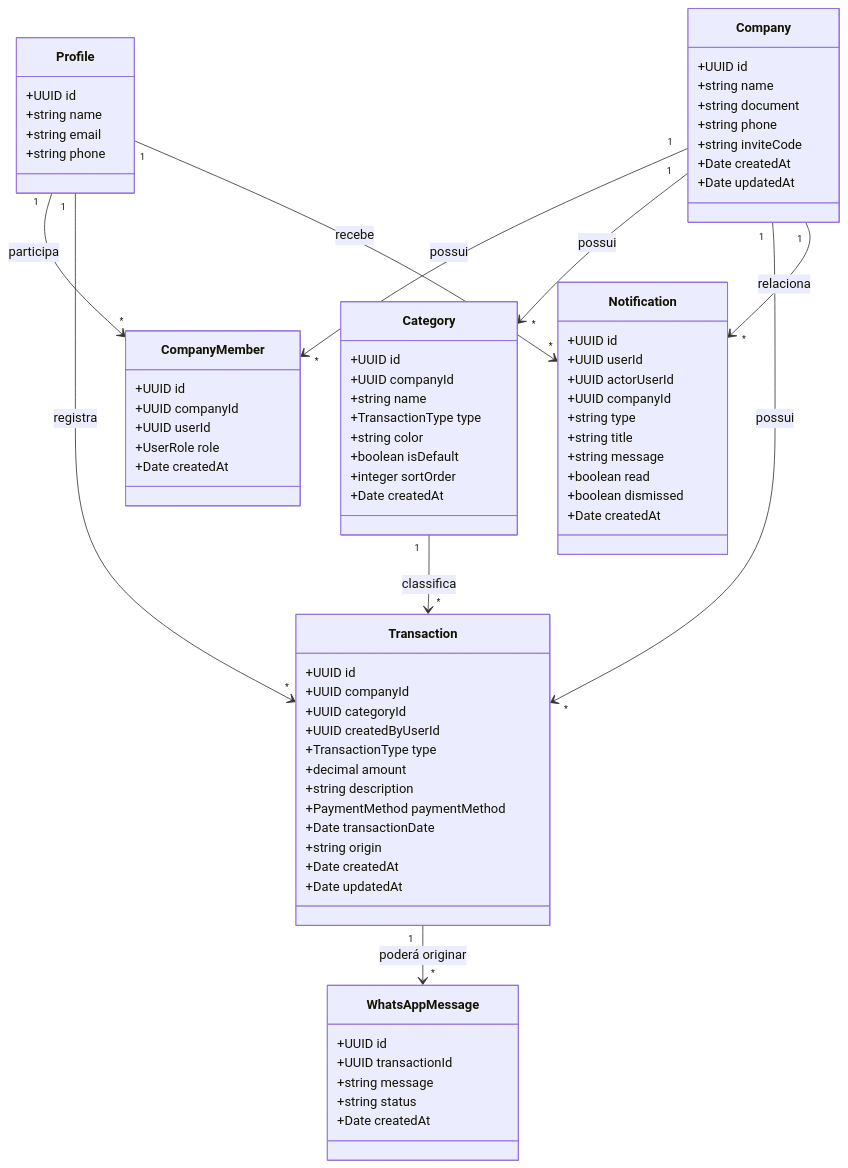
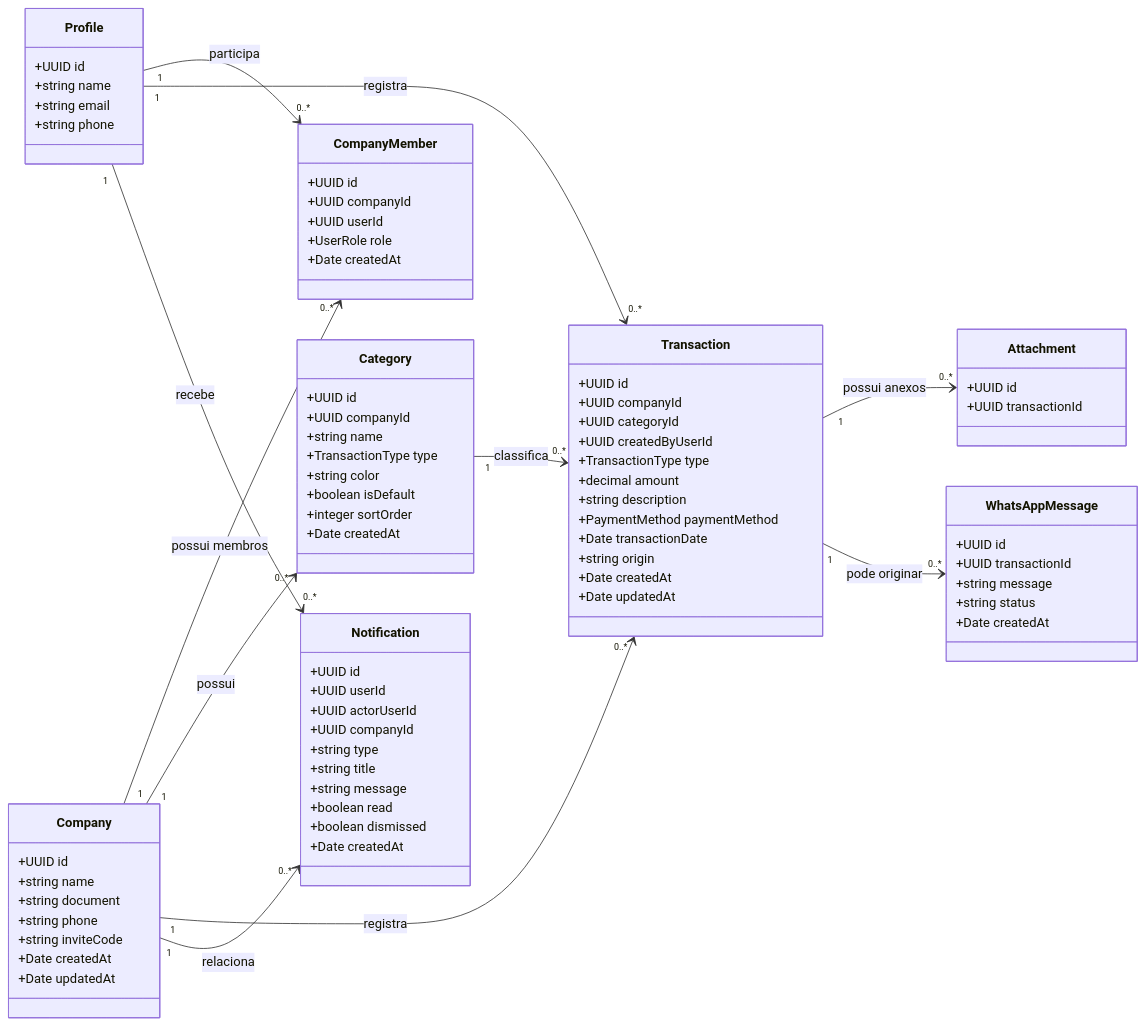
One commit to Rayck4dev/MetricsFlow_AI changed the second of 6 diagrams in docs/diagramas/uml.md. Above: the diagram before and after it, drawn with Mermaid. The commit also changed other lines of this file and 14 other files, not shown here.

````diff
--- a/docs/diagramas/uml.md
+++ b/docs/diagramas/uml.md
@@ -35,5 +59,6 @@
 ```mermaid
 classDiagram
+    direction LR
 
     class Profile {
         +UUID id
@@ -107,13 +132,23 @@
         +Date createdAt
     }
 
-    Profile "1" --> "*" CompanyMember : participa
-    Company "1" --> "*" CompanyMember : possui
-    Company "1" --> "*" Category : possui
-    Company "1" --> "*" Transaction : possui
-    Category "1" --> "*" Transaction : classifica
-    Profile "1" --> "*" Transaction : registra
-    Profile "1" --> "*" Notification : recebe
-    Company "1" --> "*" Notification : relaciona
-    Transaction "1" --> "*" WhatsAppMessage : poderá originar
+    class Attachment {
+        +UUID id
+        +UUID transactionId
+    }
+
+    Profile "1" --> "0..*" CompanyMember : participa
+    Company "1" --> "0..*" CompanyMember : possui membros
+
+    Company "1" --> "0..*" Category : possui
+    Company "1" --> "0..*" Transaction : registra
+
+    Category "1" --> "0..*" Transaction : classifica
+    Profile "1" --> "0..*" Transaction : registra
+
+    Profile "1" --> "0..*" Notification : recebe
+    Company "1" --> "0..*" Notification : relaciona
+
+    Transaction "1" --> "0..*" Attachment : possui anexos
+    Transaction "1" --> "0..*" WhatsAppMessage : pode originar
 ```
````
